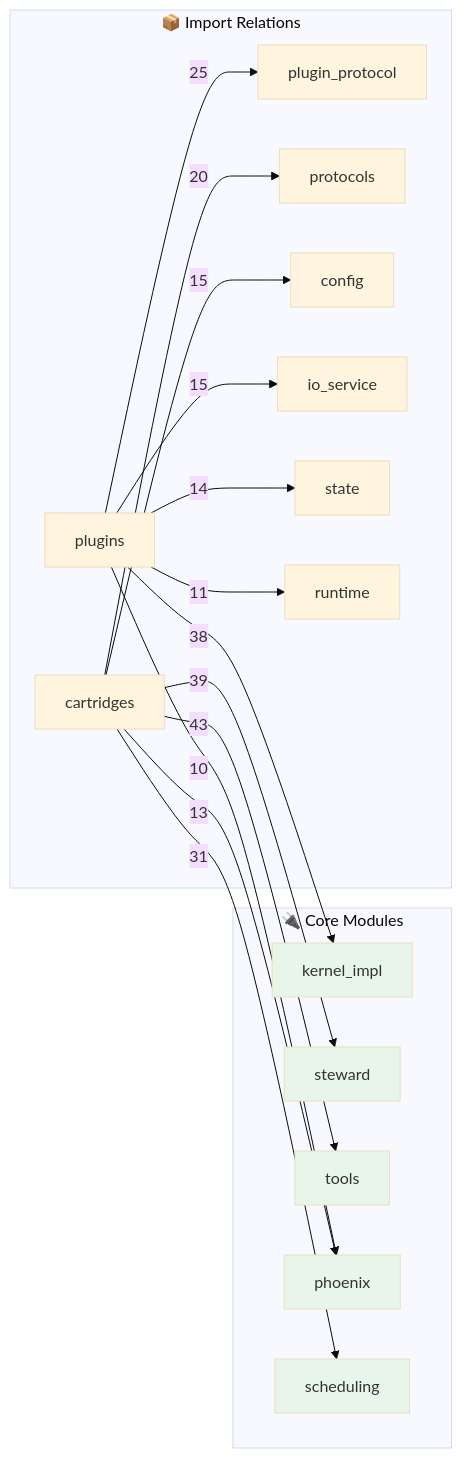
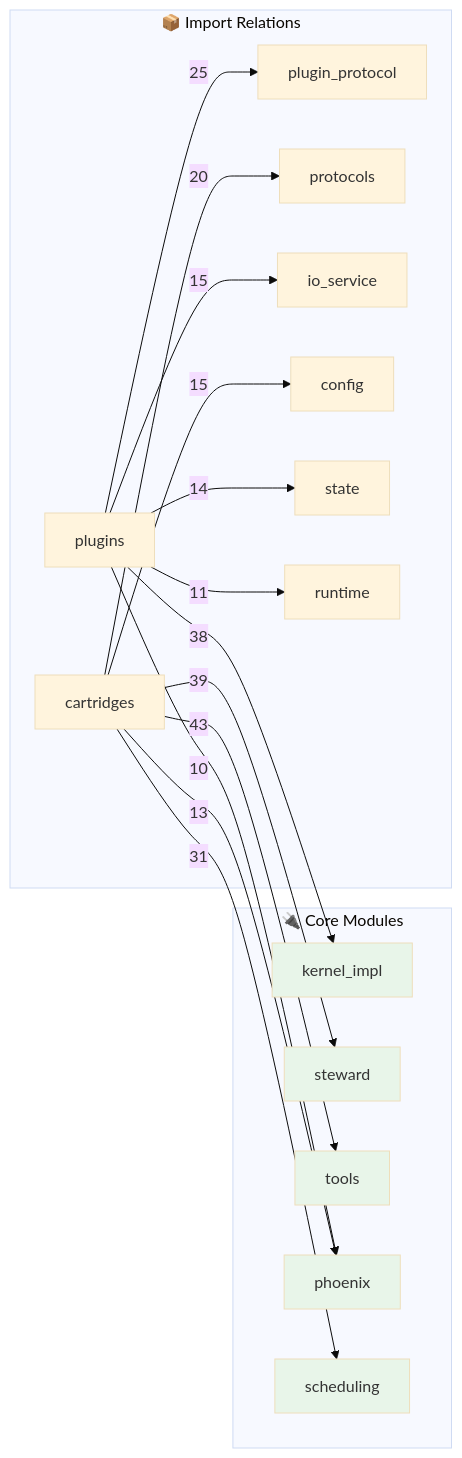
The second of 2 diagrams in OPUS.md (kimeisele/steward-protocol), drawn with Mermaid (base theme) before and after one commit. The commit also changed other lines of this file and 14 other files, not shown here.

````diff
--- a/OPUS.md
+++ b/OPUS.md
@@ -503,31 +503,31 @@
 ```mermaid
 flowchart LR
     subgraph Core["🔌 Core Modules"]
         kernel_impl[kernel_impl]
         steward[steward]
         tools[tools]
         phoenix[phoenix]
         scheduling[scheduling]
     end
 
     subgraph Edges["📦 Import Relations"]
         cartridges -->|43| tools
         cartridges -->|39| steward
         plugins -->|38| kernel_impl
         cartridges -->|31| scheduling
         plugins -->|25| plugin_protocol
         cartridges -->|20| protocols
+        plugins -->|15| io_service
         cartridges -->|15| config
-        plugins -->|15| io_service
         plugins -->|14| state
         cartridges -->|13| phoenix
         plugins -->|11| runtime
         plugins -->|10| phoenix
     end
 
     style kernel_impl fill:#e8f5e9
     style steward fill:#e8f5e9
     style tools fill:#e8f5e9
     style phoenix fill:#e8f5e9
     style scheduling fill:#e8f5e9
 ```
````
